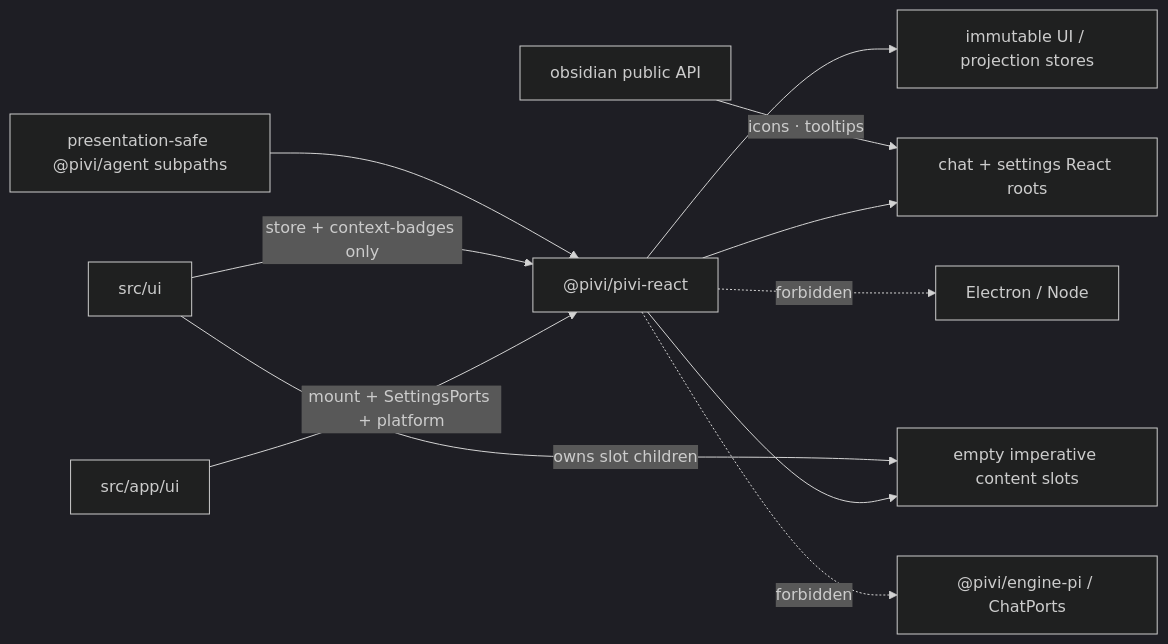
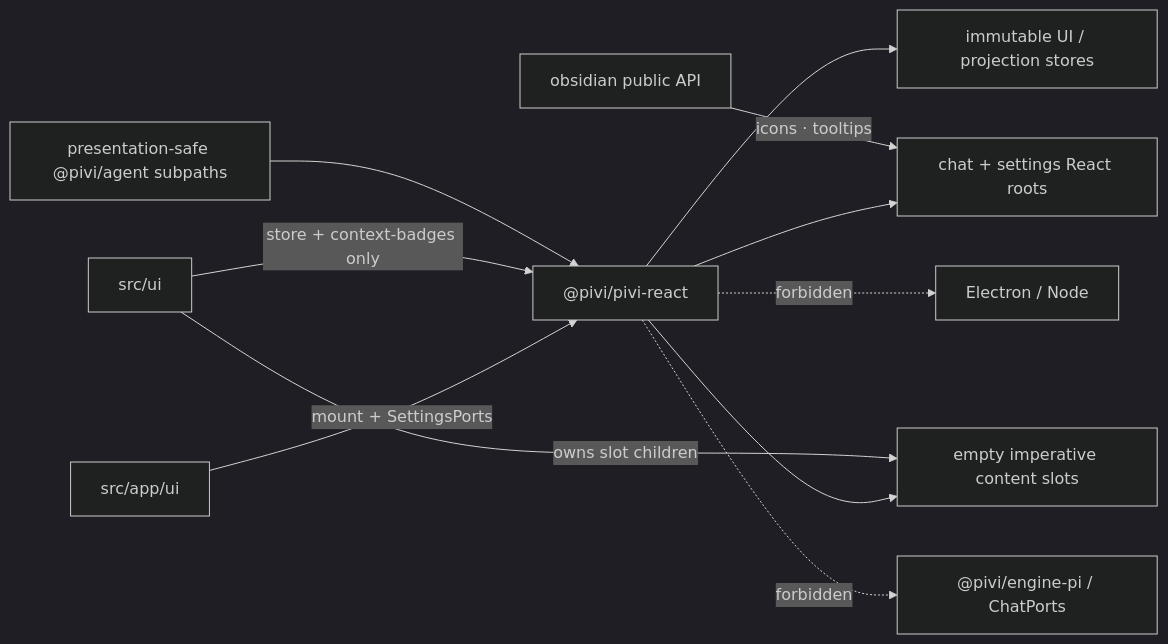
Before and after one commit to shuuul/obsidian-pivi: the diagram in packages/pivi-react/AGENTS.md, drawn with Mermaid (dark theme). The commit also changed other lines of this file and 30 other files, not shown here.

````diff
--- a/packages/pivi-react/AGENTS.md
+++ b/packages/pivi-react/AGENTS.md
@@ -15,13 +15,13 @@
 ```mermaid
 flowchart LR
-  AppUI["src/app/ui"] -- "mount + SettingsPorts + platform" --> ReactUI["@pivi/pivi-react"]
+  AppUI["src/app/ui"] -- "mount + SettingsPorts" --> ReactUI["@pivi/pivi-react"]
   ProductUI["src/ui"] -- "store + context-badges only" --> ReactUI
   Agent["presentation-safe @pivi/agent subpaths"] --> ReactUI
   ReactUI --> Stores["immutable UI / projection stores"]
   ReactUI --> Shells["chat + settings React roots"]
   ReactUI --> Slots["empty imperative content slots"]
   ProductUI -- "owns slot children" --> Slots
   Obsidian["obsidian public API"] -- "icons · tooltips" --> Shells
   ReactUI -. "forbidden" .-> Host["Electron / Node"]
   ReactUI -. "forbidden" .-> Engine["@pivi/engine-pi / ChatPorts"]
 ```
````
